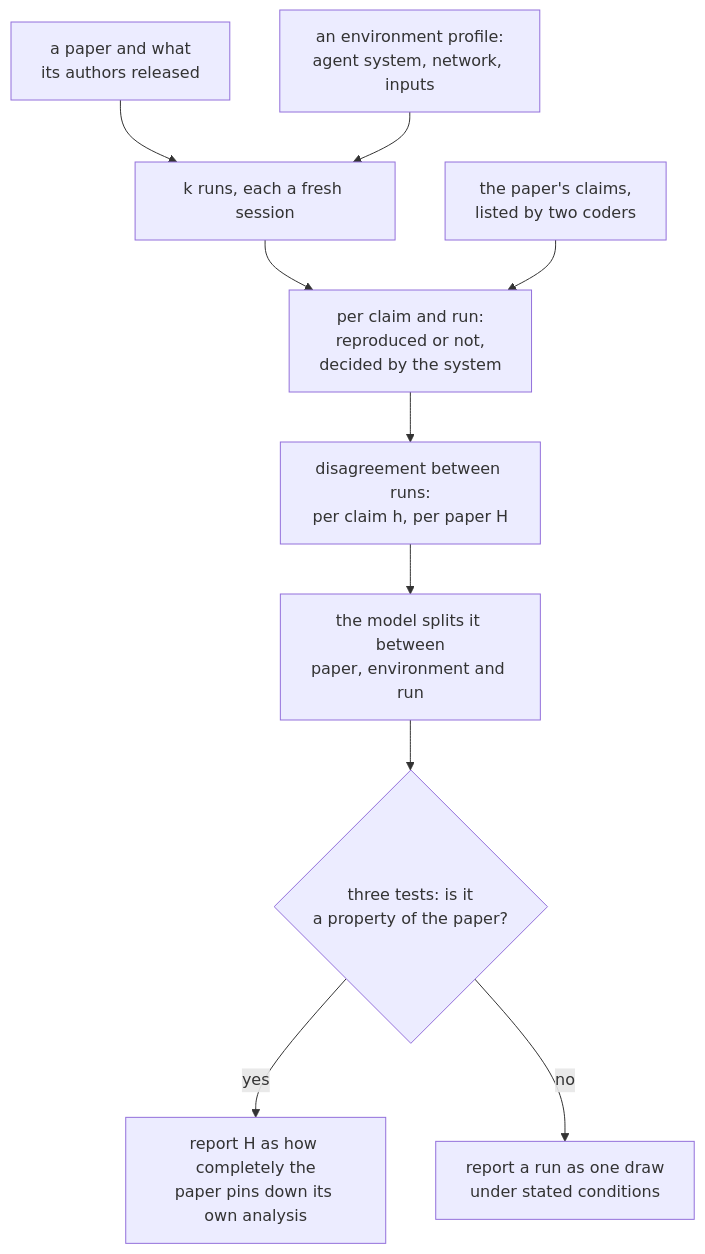
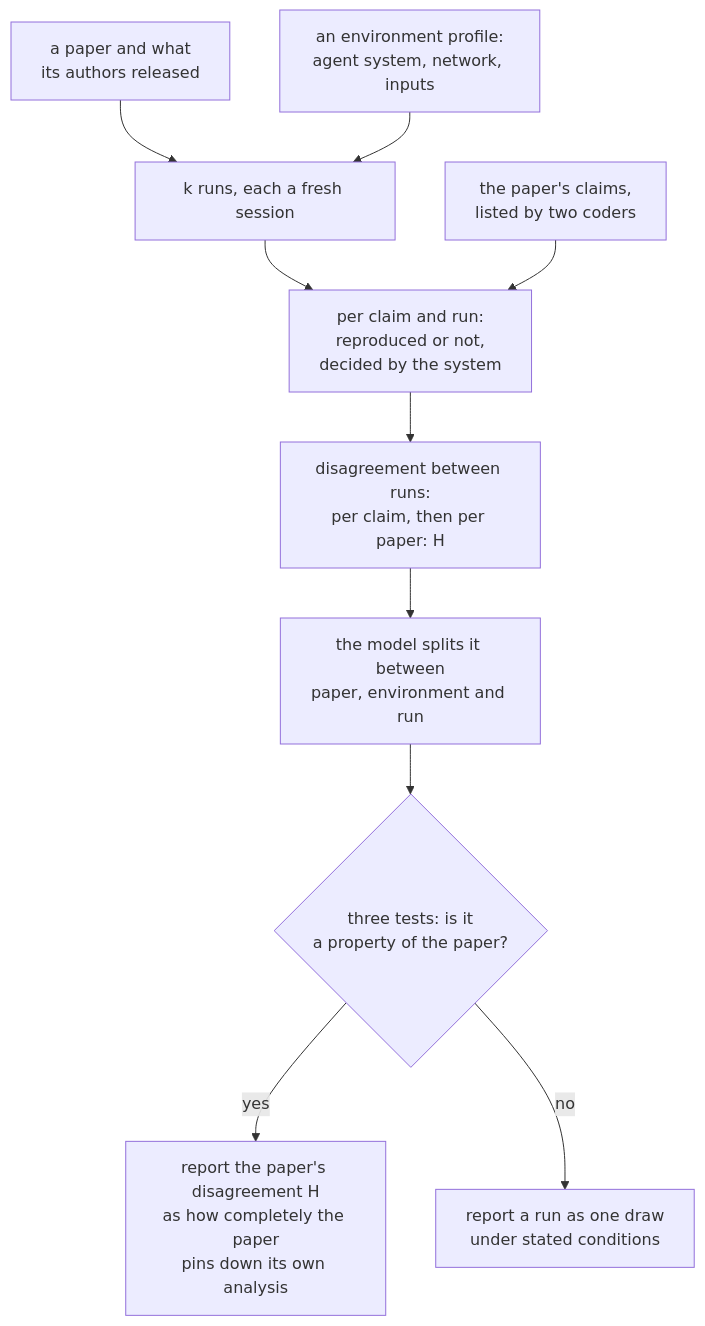
Before and after one commit to latere-ai/replichai: the first of 2 diagrams in docs/dispersion-model.md, drawn with Mermaid. The commit also changed other lines of this file and 4 other files, not shown here.

Commit message:
docs: the model page names H where the question first asks for it, and the figure and its caption say what it is

````diff
--- a/docs/dispersion-model.md
+++ b/docs/dispersion-model.md
@@ -44,13 +49,13 @@
 ```mermaid
 flowchart TB
     P["a paper and what<br/>its authors released"] --> R
     E["an environment profile:<br/>agent system, network, inputs"] --> R
     R["k runs, each a fresh session"] --> Y
     C["the paper's claims,<br/>listed by two coders"] --> Y
     Y["per claim and run:<br/>reproduced or not,<br/>decided by the system"] --> H
-    H["disagreement between runs:<br/>per claim h, per paper H"] --> M
+    H["disagreement between runs:<br/>per claim, then per paper: H"] --> M
     M["the model splits it between<br/>paper, environment and run"] --> T
     T{"three tests: is it<br/>a property of the paper?"}
-    T -->|yes| A["report H as how completely the<br/>paper pins down its own analysis"]
+    T -->|yes| A["report the paper's disagreement H<br/>as how completely the paper<br/>pins down its own analysis"]
     T -->|no| B["report a run as one draw<br/>under stated conditions"]
 ```
````
